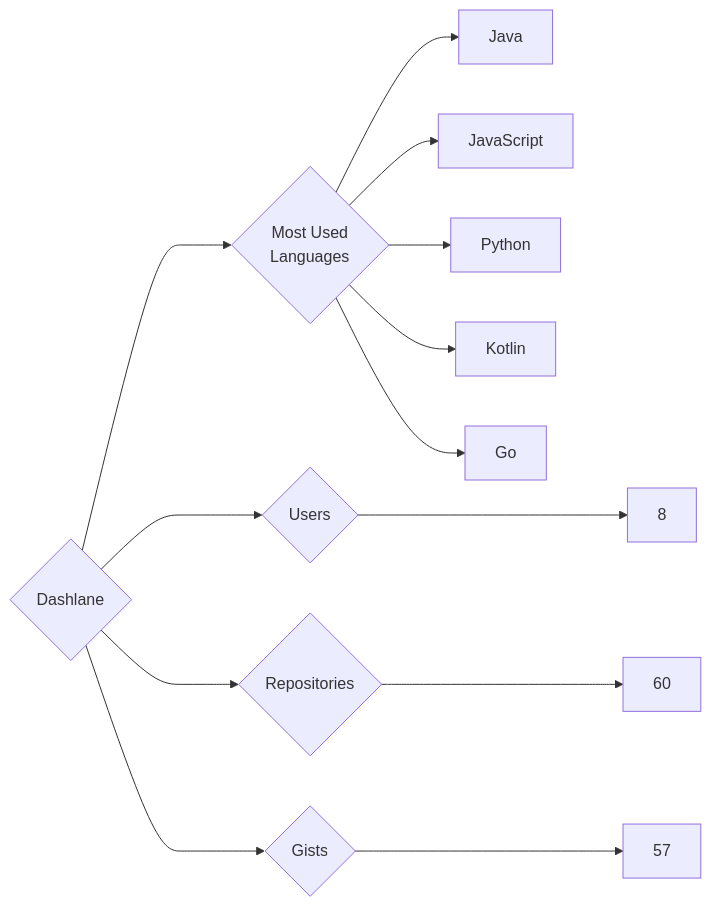
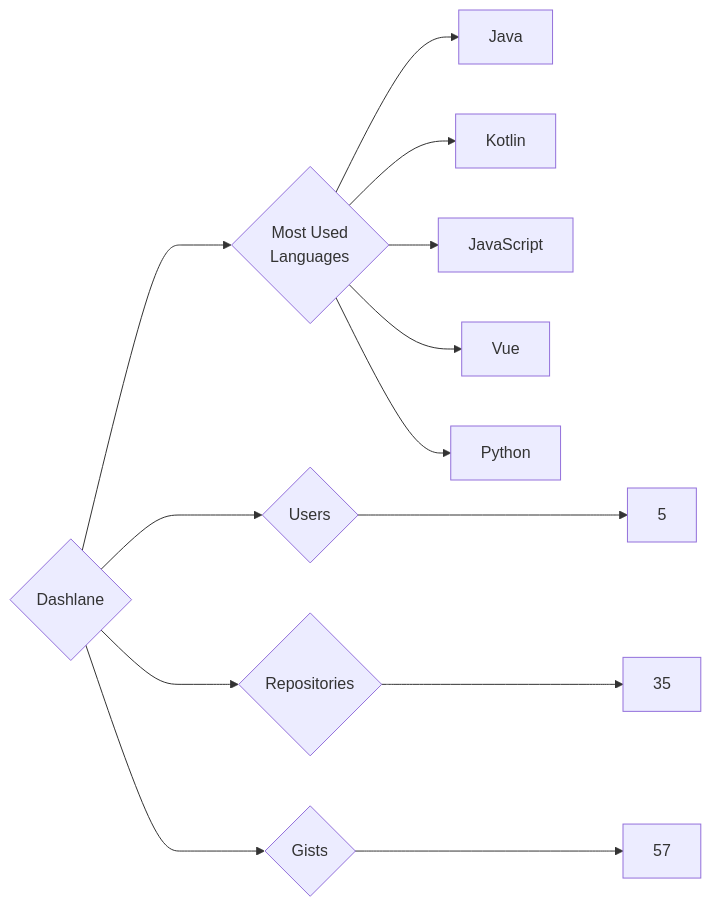
The diagram in targets/Dashlane/README.md (trickest/insiders), drawn with Mermaid before and after one commit. The commit also changed 1170 other files, not shown here.

````diff
--- a/targets/Dashlane/README.md
+++ b/targets/Dashlane/README.md
@@ -3,13 +3,13 @@
 ```mermaid
 graph LR
 COMPANY_NAME{Dashlane}
-COMPANY_NAME ---> U{Users} ---> UN[8]
-COMPANY_NAME ---> R{Repositories} ---> RN[60]
+COMPANY_NAME ---> U{Users} ---> UN[5]
+COMPANY_NAME ---> R{Repositories} ---> RN[35]
 COMPANY_NAME ---> G{Gists} ---> GN[57]
 COMPANY_NAME ---> ML{Most Used<br>Languages}
 ML --> Java[Java]
+ML --> Kotlin[Kotlin]
 ML --> JavaScript[JavaScript]
+ML --> Vue[Vue]
 ML --> Python[Python]
-ML --> Kotlin[Kotlin]
-ML --> Go[Go]
 ```
````
